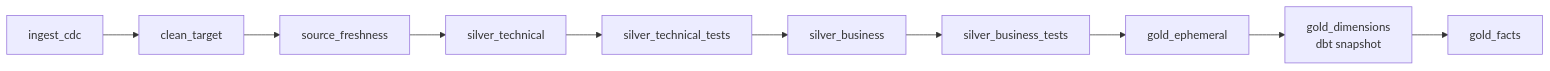
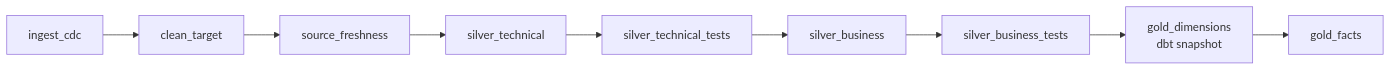
Before and after one commit to swadeshpanda/Walmart_Airflow_DBT_Project: the fourth of 5 diagrams in README.md, drawn with Mermaid. The commit also changed other lines of this file and 1 other file, not shown here.

First line of the commit message:
fix(dag): correct dbt selectors and fail on empty selections

````diff
--- a/README.md
+++ b/README.md
@@ -101,6 +101,6 @@
 ```mermaid
 flowchart LR
     A[ingest_cdc] --> B[clean_target] --> C[source_freshness] --> D[silver_technical]
     D --> E[silver_technical_tests] --> F[silver_business] --> G[silver_business_tests]
-    G --> H[gold_ephemeral] --> I["gold_dimensions<br/>dbt snapshot"] --> J[gold_facts]
+    G --> I["gold_dimensions<br/>dbt snapshot"] --> J[gold_facts]
 ```
````
